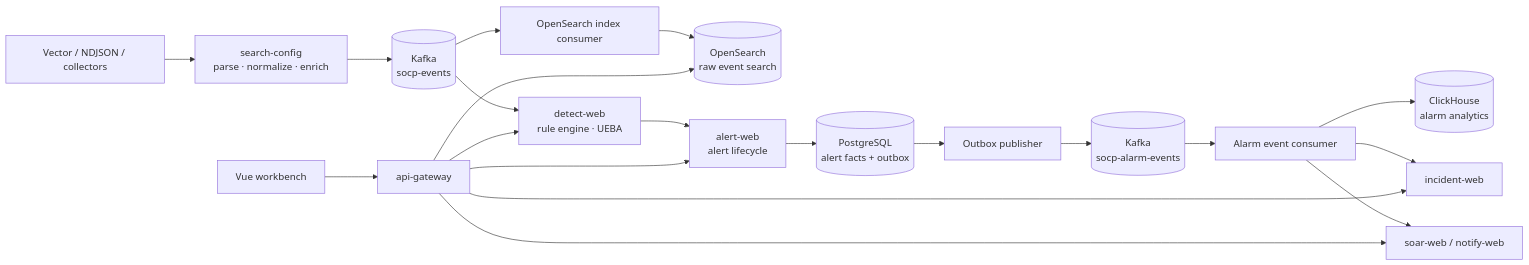
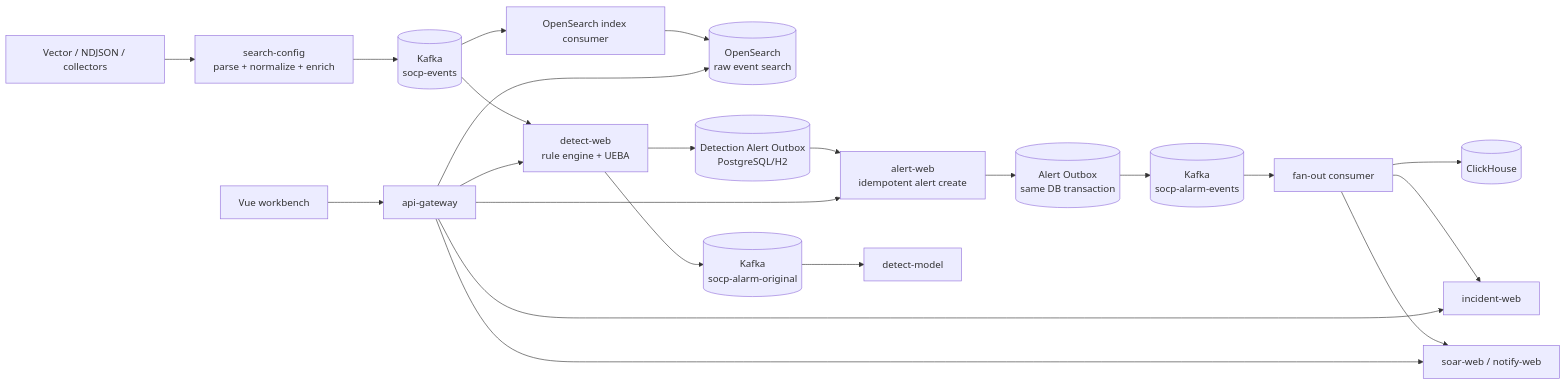
The diagram in docs/architecture.md (VincentXR/socp-siem), drawn with Mermaid before and after one commit. The commit also changed other lines of this file and 36 other files, not shown here.

Commit message:
feat(reliability): add durable detection alert handoff

````diff
--- a/docs/architecture.md
+++ b/docs/architecture.md
@@ -9,22 +9,24 @@
 ```mermaid
 flowchart LR
-  S[Vector / NDJSON / collectors] --> P[search-config<br/>parse · normalize · enrich]
+  S[Vector / NDJSON / collectors] --> P[search-config<br/>parse + normalize + enrich]
   P --> K[(Kafka<br/>socp-events)]
-  K --> D[detect-web<br/>rule engine · UEBA]
+  K --> D[detect-web<br/>rule engine + UEBA]
   K --> IX[OpenSearch index consumer]
   IX --> OS[(OpenSearch<br/>raw event search)]
-  D --> A[alert-web<br/>alert lifecycle]
-  A --> PG[(PostgreSQL<br/>alert facts + outbox)]
-  PG --> OP[Outbox publisher]
-  OP --> AK[(Kafka<br/>socp-alarm-events)]
-  AK --> FAN[Alarm event consumer]
-  FAN --> CK[(ClickHouse<br/>alarm analytics)]
+  D --> DO[(Detection Alert Outbox<br/>PostgreSQL/H2)]
+  DO --> A[alert-web<br/>idempotent alert create]
+  A --> AO[(Alert Outbox<br/>same DB transaction)]
+  AO --> AK[(Kafka<br/>socp-alarm-events)]
+  AK --> FAN[fan-out consumer]
+  FAN --> CK[(ClickHouse)]
   FAN --> I[incident-web]
   FAN --> R[soar-web / notify-web]
+  D --> DM[(Kafka<br/>socp-alarm-original)]
+  DM --> M[detect-model]
   UI[Vue workbench] --> GW[api-gateway]
+  GW --> D
   GW --> A
-  GW --> D
   GW --> OS
   GW --> I
   GW --> R
 ```
````
